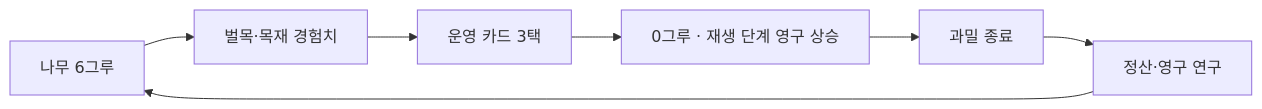
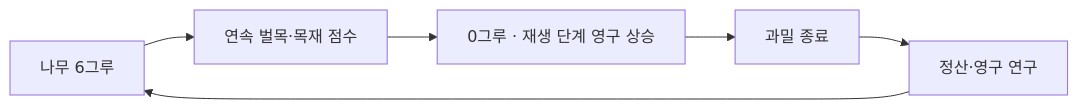
The diagram in docs/SCORE_ATTACK_META_LOOP.md (hyunsuhahaha/def_game), drawn with Mermaid before and after one commit. The commit also changed other lines of this file and 10 other files, not shown here.

````diff
--- a/docs/SCORE_ATTACK_META_LOOP.md
+++ b/docs/SCORE_ATTACK_META_LOOP.md
@@ -16,9 +16,8 @@
 ```mermaid
 flowchart LR
-    A[나무 6그루] --> B[벌목·목재 경험치]
-    B --> C[운영 카드 3택]
-    C --> D[0그루 · 재생 단계 영구 상승]
+    A[나무 6그루] --> B[연속 벌목·목재 점수]
+    B --> D[0그루 · 재생 단계 영구 상승]
     D --> E[과밀 종료]
     E --> F[정산·영구 연구]
     F --> A
 ```
````
